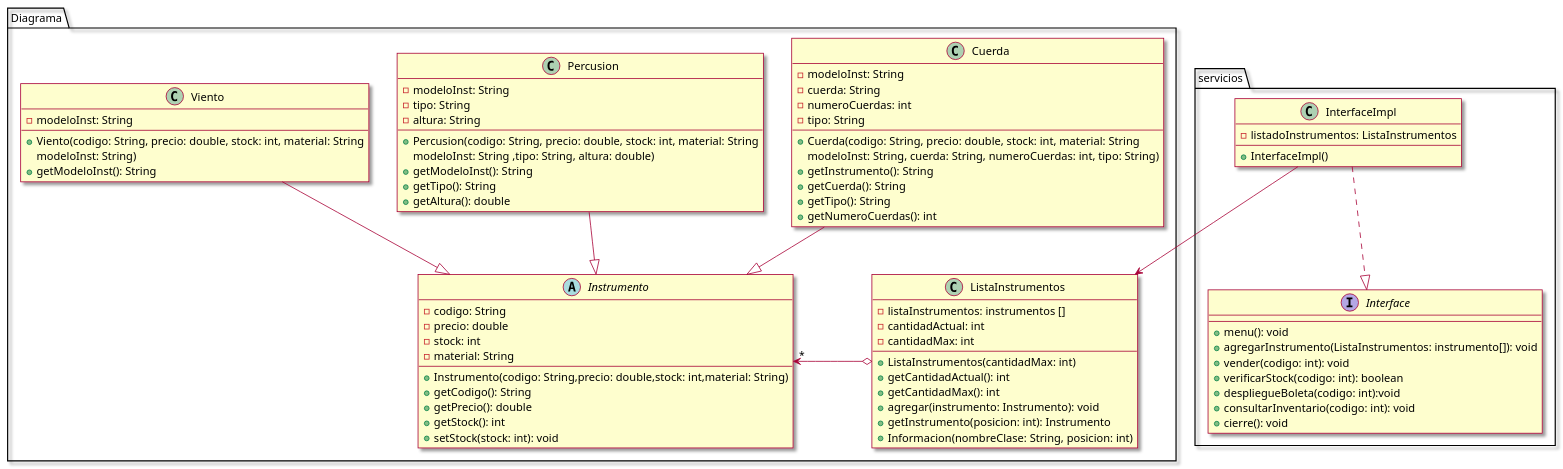
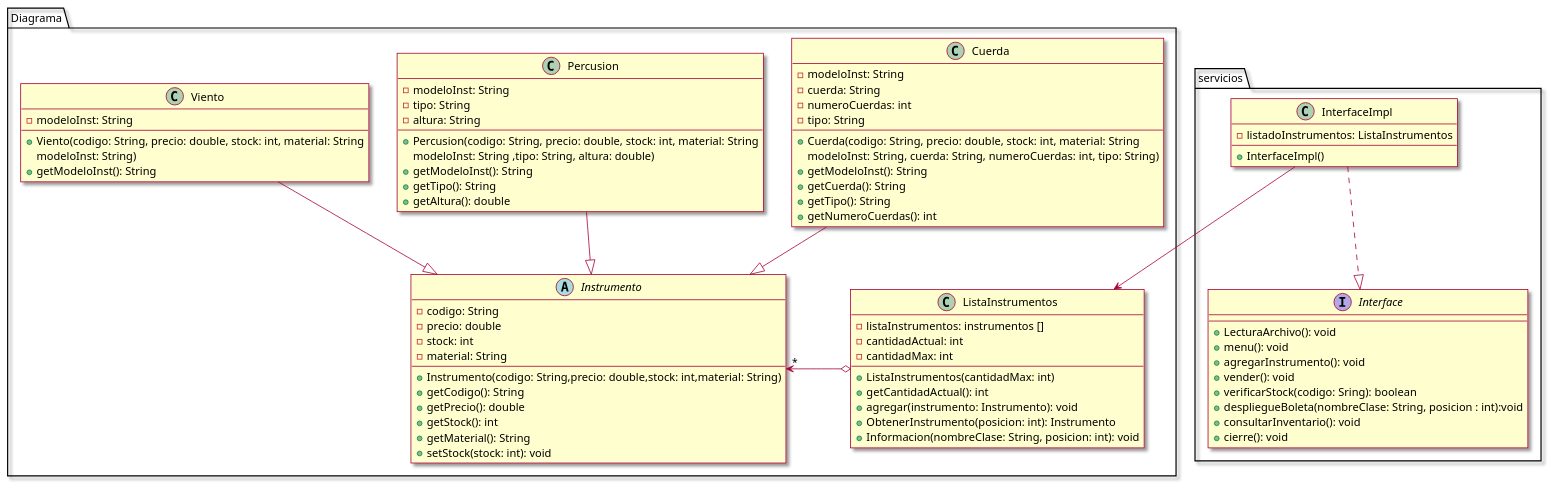
Before and after one commit to diegooblu/Taller3: the diagram in DiagramaClase.puml, drawn with PlantUML. The commit also changed 5 other files, not shown here.

```diff
--- a/DiagramaClase.puml
+++ b/DiagramaClase.puml
@@ -1,85 +1,87 @@
 @startuml
 skin rose
 
 package Diagrama {
     abstract class Instrumento {
         -codigo: String
         -precio: double
         -stock: int
         -material: String
         +Instrumento(codigo: String,precio: double,stock: int,material: String)
         +getCodigo(): String
         +getPrecio(): double
         +getStock(): int
+        +getMaterial(): String
         +setStock(stock: int): void
     }
 
     class Cuerda {
         -modeloInst: String
         -cuerda: String
         -numeroCuerdas: int
         -tipo: String
         +Cuerda(codigo: String, precio: double, stock: int, material: String
         modeloInst: String, cuerda: String, numeroCuerdas: int, tipo: String)
-        +getInstrumento(): String
+        +getModeloInst(): String
         +getCuerda(): String
         +getTipo(): String
         +getNumeroCuerdas(): int
 
     }
     Cuerda--|>Instrumento
 
     class Percusion {
         -modeloInst: String
         -tipo: String
         -altura: String
         +Percusion(codigo: String, precio: double, stock: int, material: String
         modeloInst: String ,tipo: String, altura: double)
         +getModeloInst(): String
         +getTipo(): String
         +getAltura(): double
     }
     Percusion--|>Instrumento
 
     class Viento {
         -modeloInst: String
         +Viento(codigo: String, precio: double, stock: int, material: String
         modeloInst: String)
         +getModeloInst(): String
     }
     Viento--|>Instrumento
 
     class ListaInstrumentos {
         -listaInstrumentos: instrumentos []
         -cantidadActual: int
         -cantidadMax: int
         +ListaInstrumentos(cantidadMax: int)
         +getCantidadActual(): int
-        +getCantidadMax(): int
         +agregar(instrumento: Instrumento): void
-        +getInstrumento(posicion: int): Instrumento
-        +Informacion(nombreClase: String, posicion: int)
+        +ObtenerInstrumento(posicion: int): Instrumento
+        +Informacion(nombreClase: String, posicion: int): void
     }
     ListaInstrumentos o->"*" Instrumento
 }
 
 package servicios {
 
     interface Interface{
+    +LecturaArchivo(): void
     +menu(): void
-    +agregarInstrumento(ListaInstrumentos: instrumento[]): void
-    +vender(codigo: int): void
-    +verificarStock(codigo: int): boolean
-    +despliegueBoleta(codigo: int):void
-    +consultarInventario(codigo: int): void
+    +agregarInstrumento(): void
+    +vender(): void
+    +verificarStock(codigo: Sring): boolean
+    +despliegueBoleta(nombreClase: String, posicion : int):void
+    +consultarInventario(): void
     +cierre(): void
+
     }
 
     class InterfaceImpl{
         -listadoInstrumentos: ListaInstrumentos
         +InterfaceImpl()
     }
     InterfaceImpl..|> Interface
     InterfaceImpl --> ListaInstrumentos
 }
 @enduml
```
